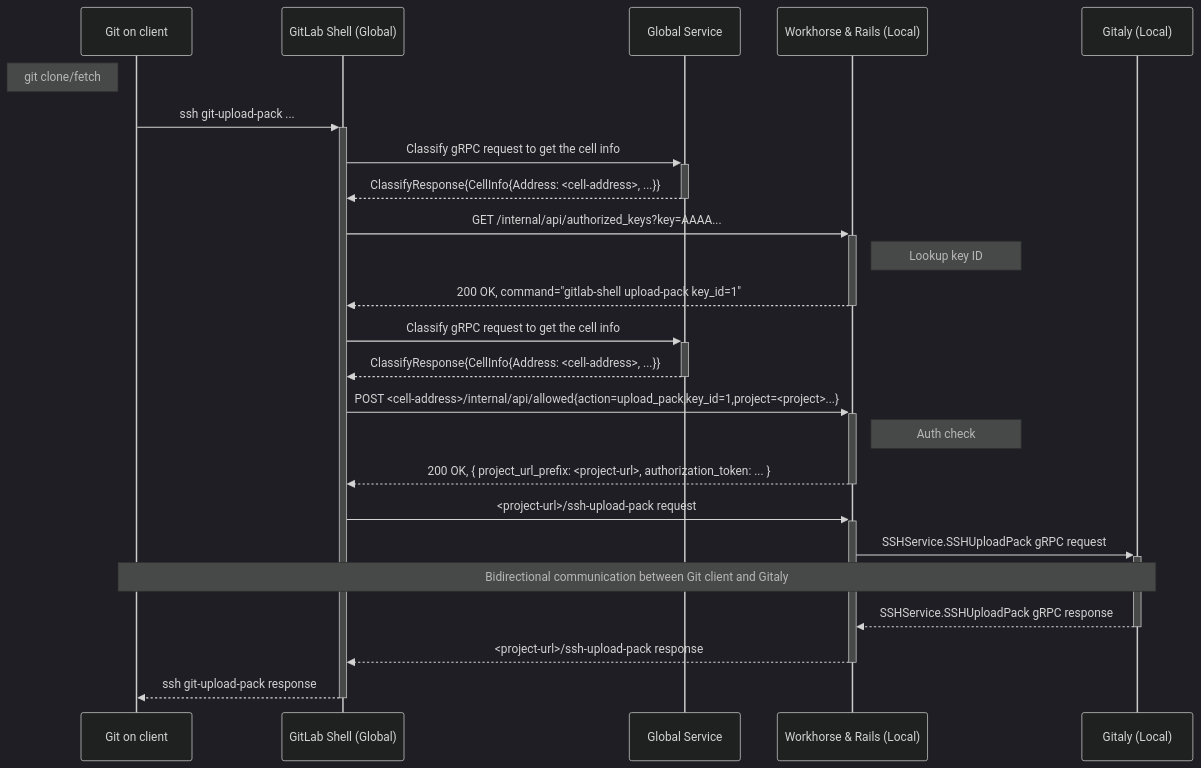
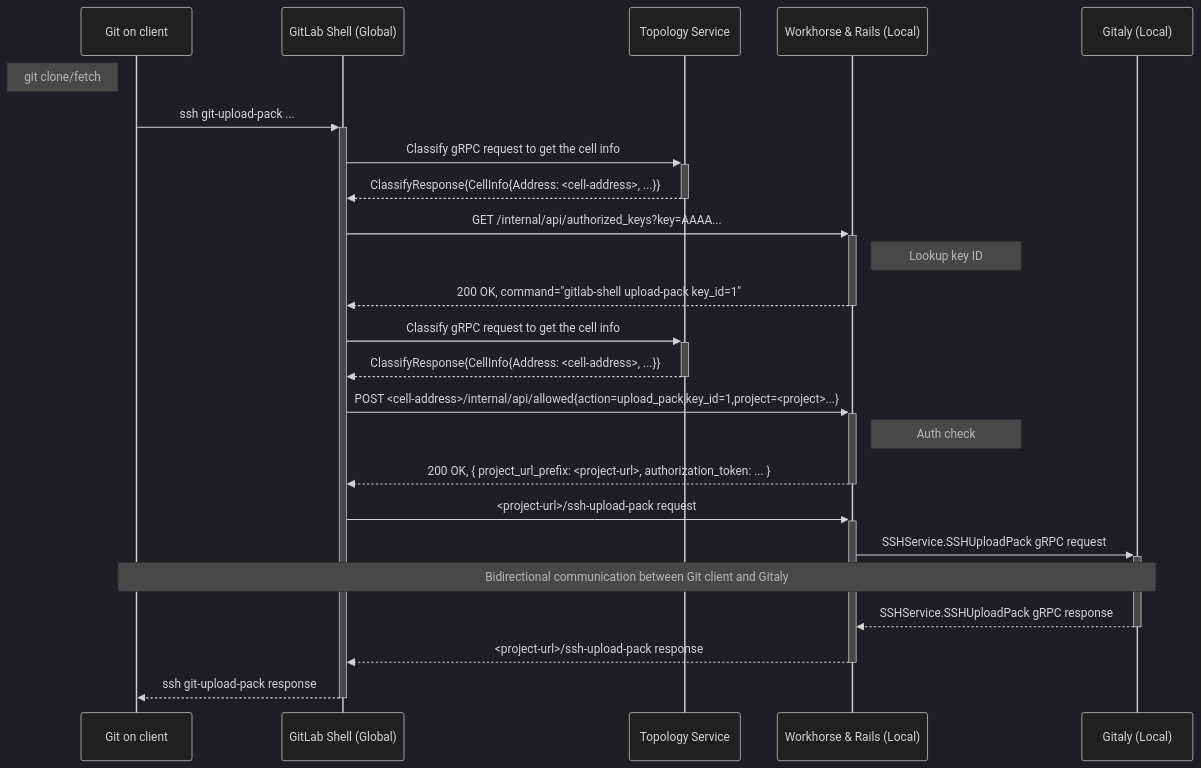
One commit to zalyoung/gitlab-handbook changed the third of 4 diagrams in content/handbook/engineering/architecture/design-documents/cells/ssh_routing_service.md. Above: the diagram before and after it, drawn with Mermaid (dark theme). The commit also changed other lines of this file, not shown here.

Commit message:
Remove mention of global service in SSH routing
What
---
Rename Global Service to Topolgoy Service since it has a name

Why
---
We used `Global Service` because it didn't have a name yet.

````diff
--- a/content/handbook/engineering/architecture/design-documents/cells/ssh_routing_service.md
+++ b/content/handbook/engineering/architecture/design-documents/cells/ssh_routing_service.md
@@ -111,27 +111,27 @@
 ```mermaid
 sequenceDiagram
     participant C as Git on client
     participant S as GitLab Shell (Global)
-    participant GS as Global Service
+    participant TS as Topology Service
     participant WR as Workhorse & Rails (Local)
     participant G as Gitaly (Local)
 
     Note left of C: git clone/fetch
     C->>+S: ssh git-upload-pack ...
-    S->>+GS: Classify gRPC request to get the cell info
-    GS-->>-S: ClassifyResponse{CellInfo{Address: <cell-address>, ...}}
+    S->>+TS: Classify gRPC request to get the cell info
+    TS-->>-S: ClassifyResponse{CellInfo{Address: <cell-address>, ...}}
     S->>+WR: GET /internal/api/authorized_keys?key=AAAA...
     Note right of WR: Lookup key ID
     WR-->>-S: 200 OK, command="gitlab-shell upload-pack key_id=1"
-    S->>+GS: Classify gRPC request to get the cell info
-    GS-->>-S: ClassifyResponse{CellInfo{Address: <cell-address>, ...}}
+    S->>+TS: Classify gRPC request to get the cell info
+    TS-->>-S: ClassifyResponse{CellInfo{Address: <cell-address>, ...}}
     S->>+WR: POST <cell-address>/internal/api/allowed{action=upload_pack,key_id=1,project=<project>...}
     Note right of WR: Auth check
     WR-->>-S: 200 OK, { project_url_prefix: <project-url>, authorization_token: ... }
     S->>+WR: <project-url>/ssh-upload-pack request
     WR->>+G: SSHService.SSHUploadPack gRPC request
     Note over C,G: Bidirectional communication between Git client and Gitaly
     G-->>-WR: SSHService.SSHUploadPack gRPC response
     WR-->>-S: <project-url>/ssh-upload-pack response
     S-->>-C: ssh git-upload-pack response
 ```
````
